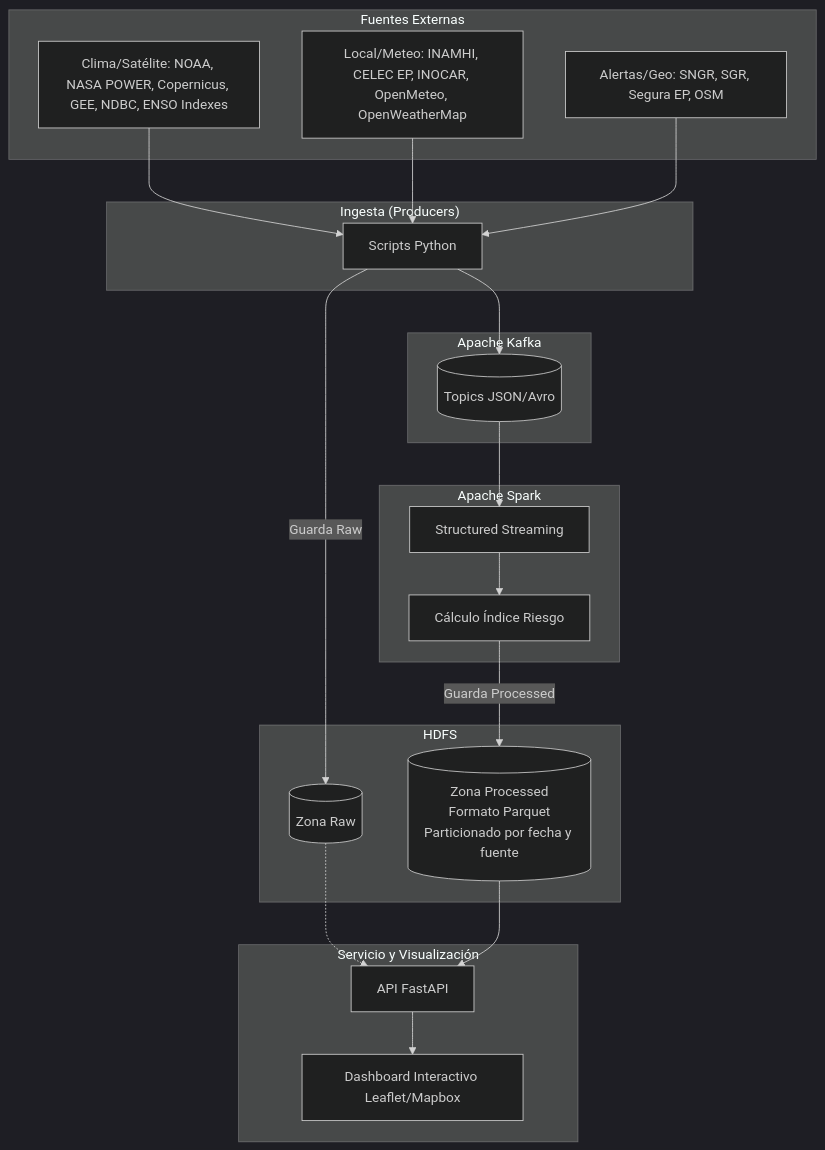
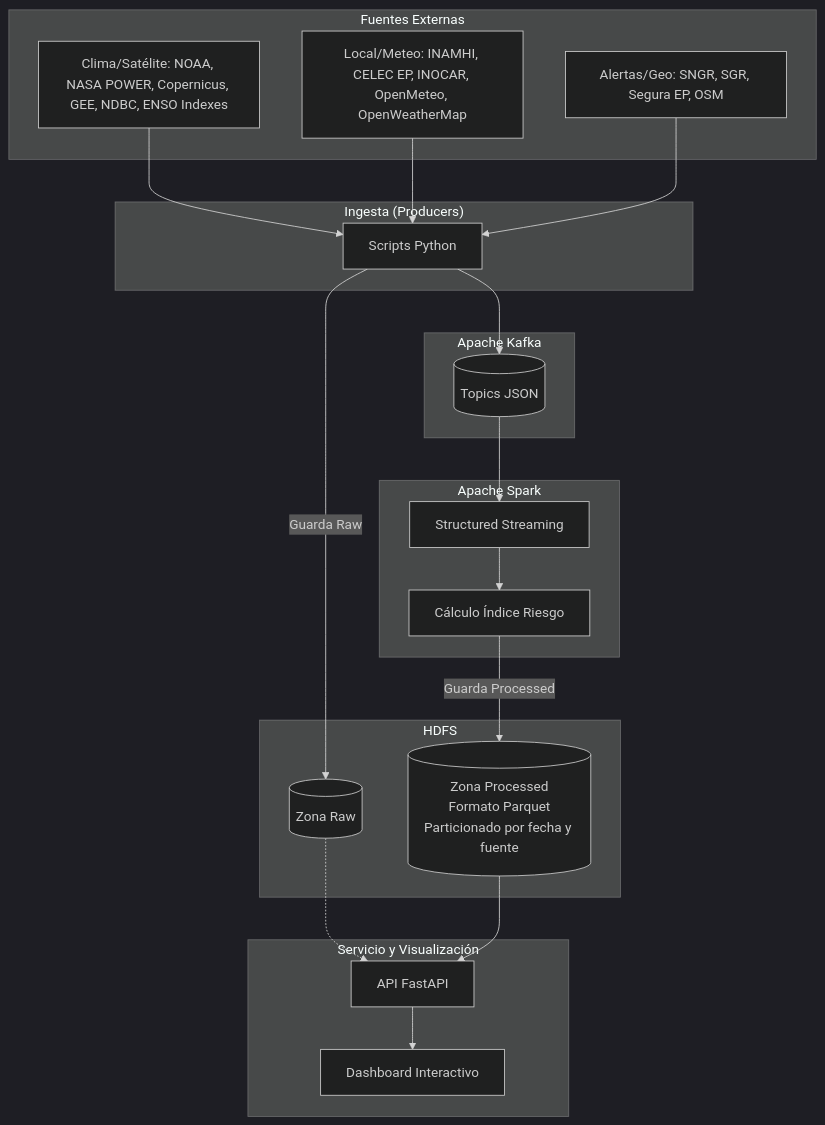
Before and after one commit to Dass-19/Godzilla-EnsoStreamingPipeline: the diagram in README.md, drawn with Mermaid (dark theme).

Commit message:
update specifications of the architecture diagram

````diff
--- a/README.md
+++ b/README.md
@@ -35,47 +35,47 @@
 ```mermaid
 flowchart TD
     subgraph Fuentes ["Fuentes Externas"]
         A1["Clima/Satélite: NOAA, NASA POWER, Copernicus, GEE, NDBC, ENSO Indexes"]
         A2["Local/Meteo: INAMHI, CELEC EP, INOCAR, OpenMeteo, OpenWeatherMap"]
         A3["Alertas/Geo: SNGR, SGR, Segura EP, OSM"]
     end
  
     subgraph Ingesta ["Ingesta (Producers)"]
         B["Scripts Python"]
     end
  
     subgraph Streaming ["Apache Kafka"]
-        C1[("Topics JSON/Avro")]
+        C1[("Topics JSON")]
     end
  
     subgraph Procesamiento ["Apache Spark"]
         D1["Structured Streaming"]
         D2["Cálculo Índice Riesgo"]
     end
  
     subgraph Almacenamiento ["HDFS"]
         E1[("Zona Raw")]
         E2[("Zona Processed<br/>Formato Parquet<br/>Particionado por fecha y fuente")]
     end
  
     subgraph Visualizacion ["Servicio y Visualización"]
         F1["API FastAPI"]
-        F2["Dashboard Interactivo Leaflet/Mapbox"]
+        F2["Dashboard Interactivo"]
     end
  
     A1 --> B
     A2 --> B
     A3 --> B
  
     B --> C1
  
     C1 --> D1
     D1 --> D2
  
     D2 -->|"Guarda Processed"| E2
     B -->|"Guarda Raw"| E1
  
     E1 -.-> F1
     E2 --> F1
     F1 --> F2
 ```
````
